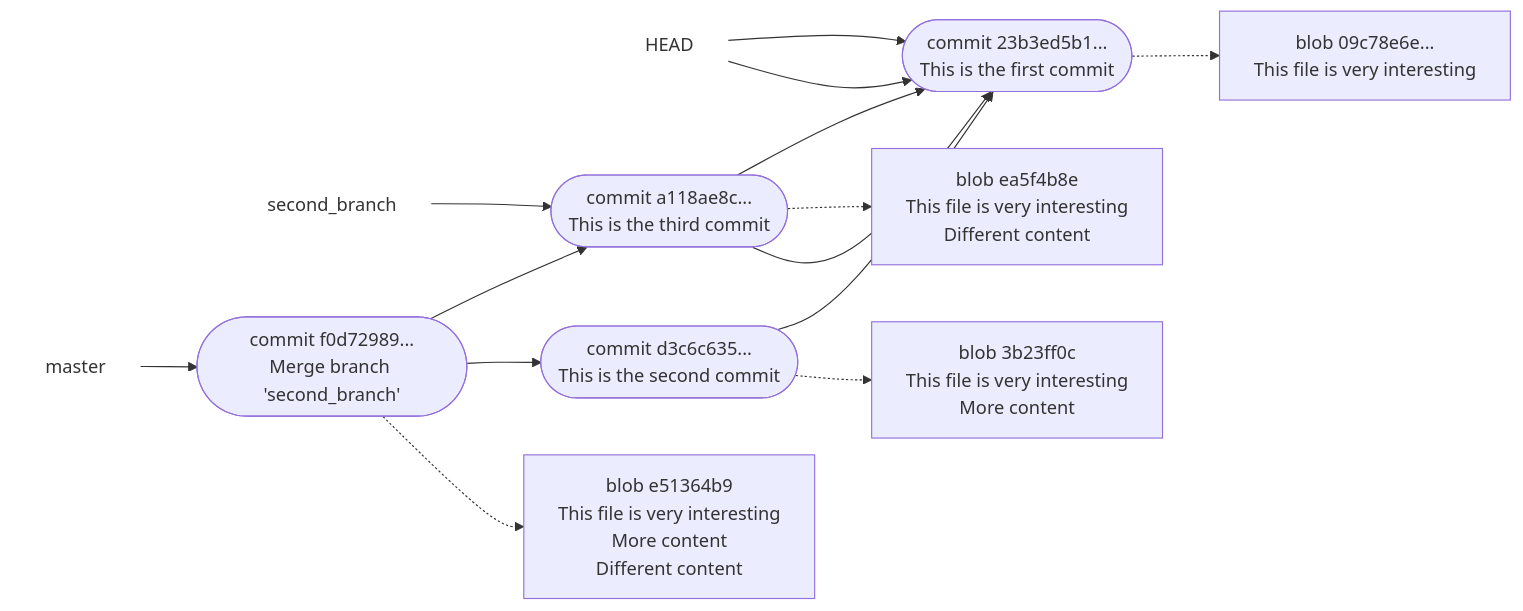
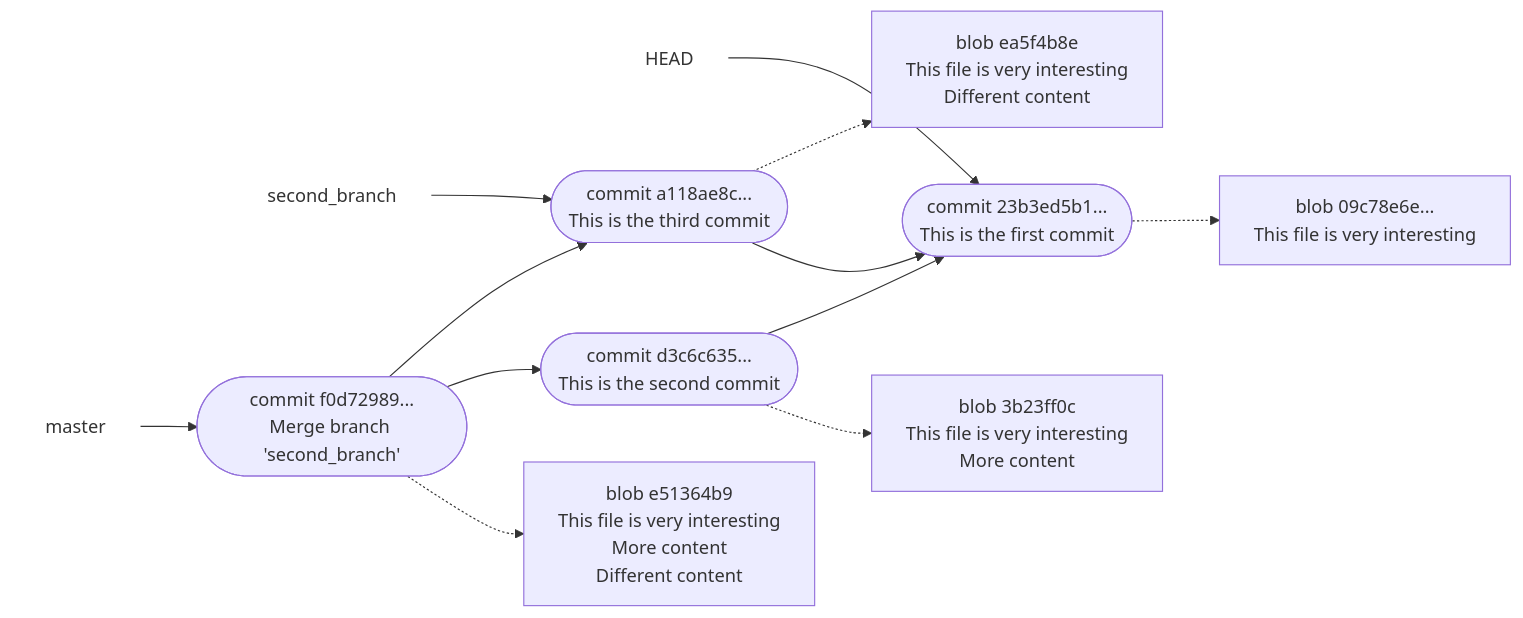
Before and after one commit to hpc2n/course-intro-git: diagram 26 of 26 in docs/basic-concepts.md, drawn with Mermaid.

Commit message:
Adding lecture 3

````diff
--- a/docs/basic-concepts.md
+++ b/docs/basic-concepts.md
@@ -1284,34 +1284,32 @@
 ```mermaid
 graph LR
 
   head["HEAD"]
   style head fill:#ffffff,stroke:#ffffff
   master["master"]
   style master fill:#ffffff,stroke:#ffffff
   second_branch["second_branch"]
   style second_branch fill:#ffffff,stroke:#ffffff
 
   fourth_commit(["commit f0d72989...<br>Merge branch 'second_branch'"])
   third_commit(["commit a118ae8c...<br>This is the third commit"]) --> first_commit(["commit 23b3ed5b1...<br>This is the first commit"])
   second_commit(["commit d3c6c635...<br>This is the second commit"])
   head --> first_commit
 
   fourth_blob["blob e51364b9<br>This file is very interesting<br>More content<br>Different content"]
   third_blob["blob ea5f4b8e<br>This file is very interesting<br>Different content"]
   second_blob["blob 3b23ff0c<br>This file is very interesting<br>More content"]
   first_blob["blob 09c78e6e...<br>This file is very interesting"]
 
   fourth_commit -.-> fourth_blob
   third_commit -.-> third_blob
   second_commit -.-> second_blob
   first_commit -.-> first_blob
 
   fourth_commit --> second_commit
   fourth_commit --> third_commit
-  third_commit --> first_commit
   second_commit --> first_commit
 
-  head --> first_commit
   master --> fourth_commit
   second_branch --> third_commit
 ```
````
